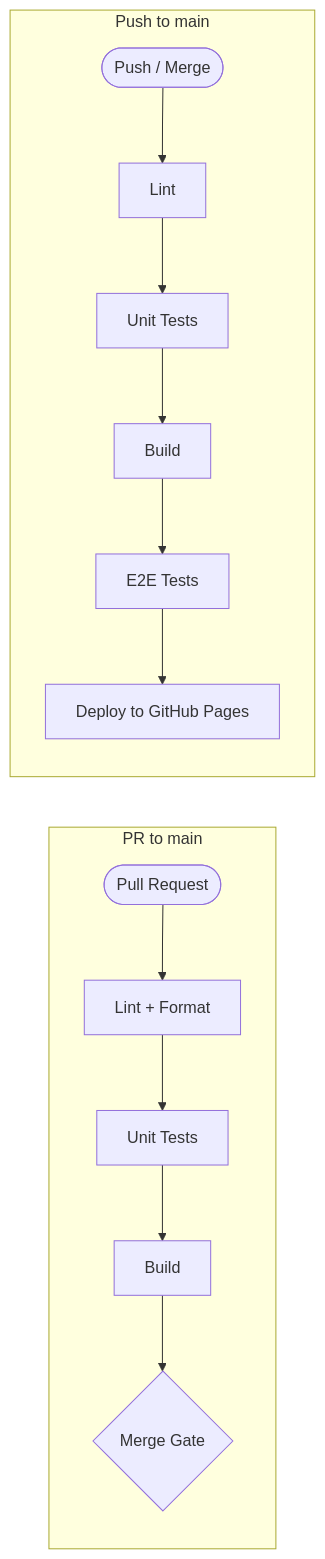
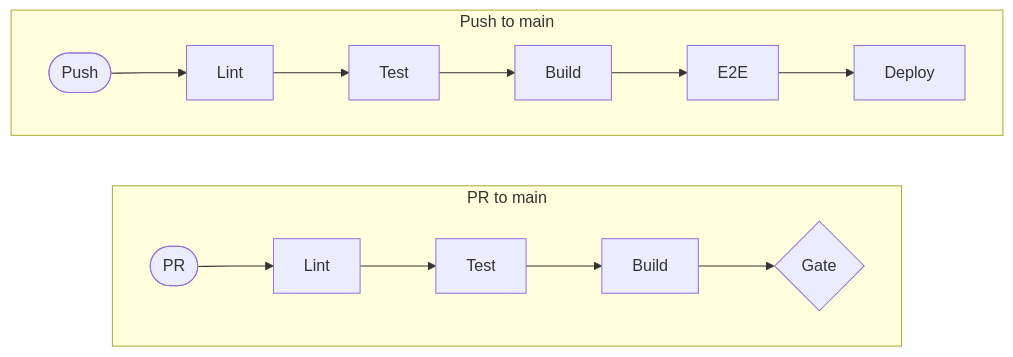
The diagram in docs/technical/deployment.md (ajmalk/cubehill), drawn with Mermaid before and after one commit. The commit also changed 6 other files, not shown here.

First line of the commit message:
Clean up diagrams: shorter labels, less clutter

````diff
--- a/docs/technical/deployment.md
+++ b/docs/technical/deployment.md
@@ -271,17 +271,12 @@
 ```mermaid
 flowchart LR
-    subgraph "PR to main"
-        PR([Pull Request]) --> Lint1[Lint + Format]
-        Lint1 --> Test1[Unit Tests]
-        Test1 --> Build1[Build]
-        Build1 --> Gate{Merge Gate}
+    subgraph PR["PR to main"]
+        direction LR
+        PR1([PR]) --> L1[Lint] --> T1[Test] --> B1[Build] --> G1{Gate}
     end
 
-    subgraph "Push to main"
-        Push([Push / Merge]) --> Lint2[Lint]
-        Lint2 --> Test2[Unit Tests]
-        Test2 --> Build2[Build]
-        Build2 --> E2E[E2E Tests]
-        E2E --> Deploy[Deploy to GitHub Pages]
+    subgraph Push["Push to main"]
+        direction LR
+        P1([Push]) --> L2[Lint] --> T2[Test] --> B2[Build] --> E2[E2E] --> D2[Deploy]
     end
 ```
````
